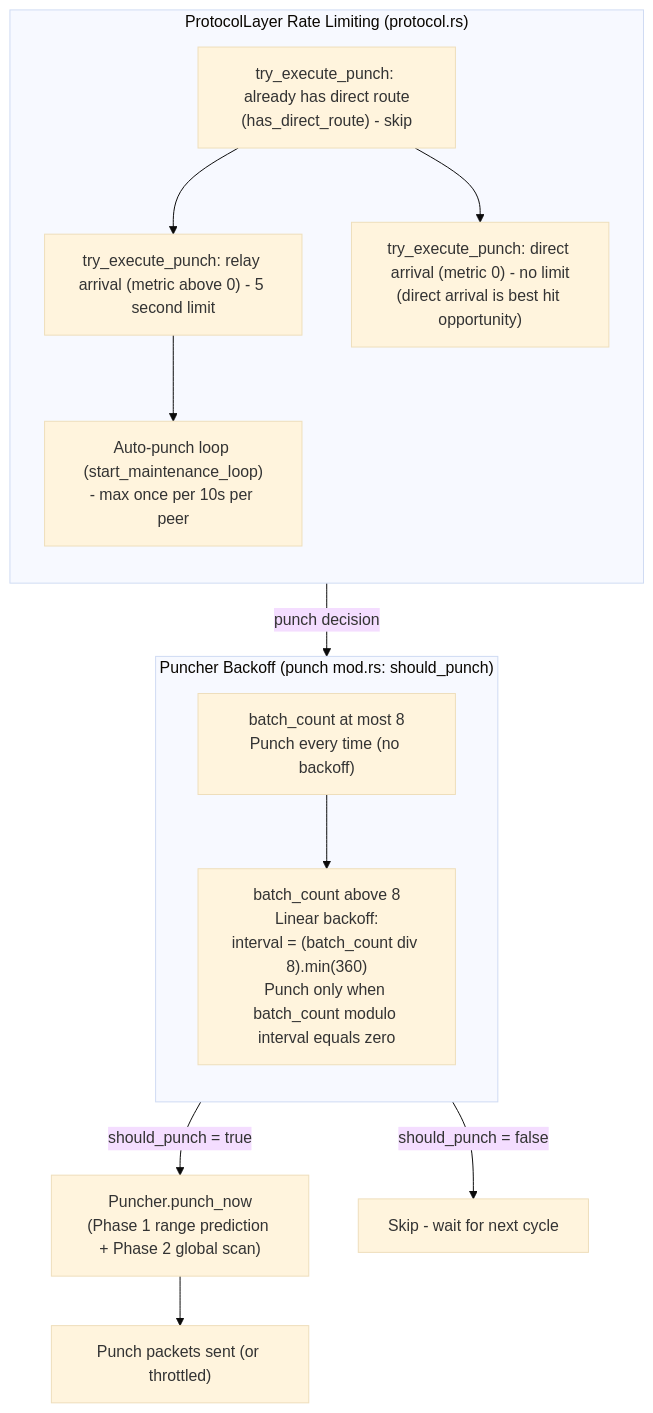
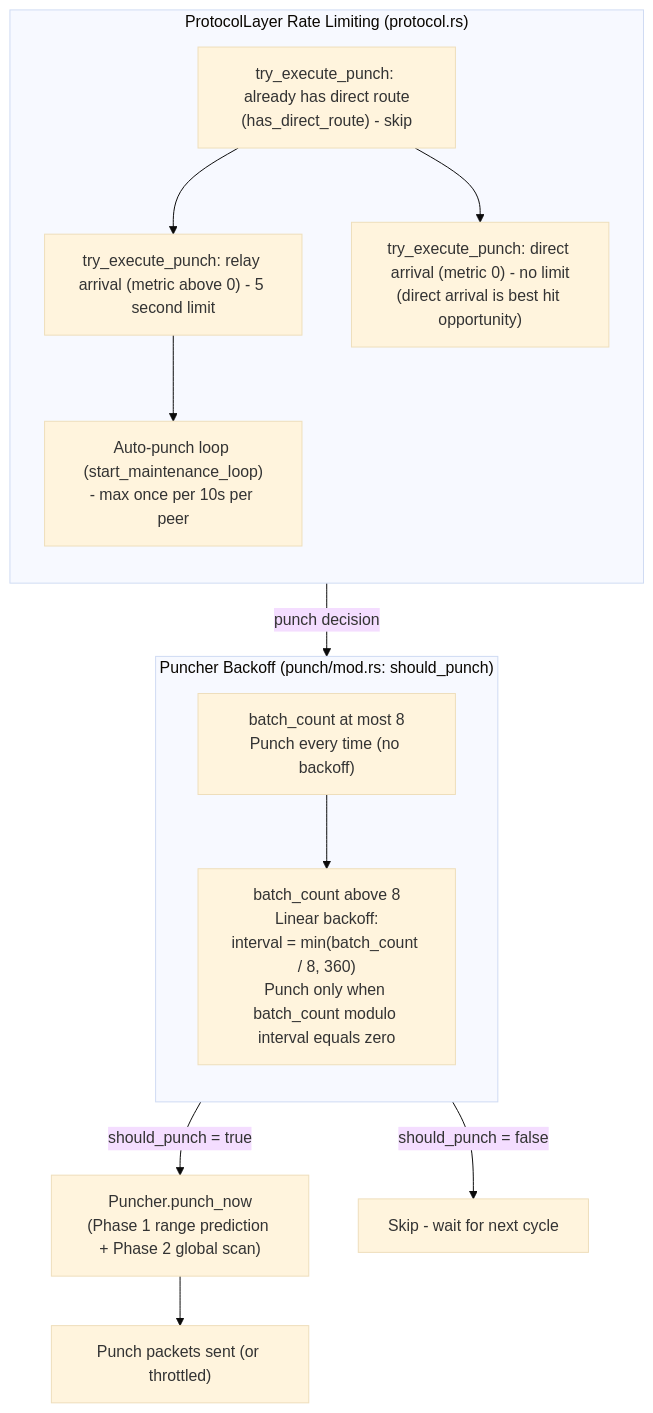
One commit to rustp2p/rustp2p changed diagram 15 of 27 in docs/nat-punch-principles.md. Above: the diagram before and after it, drawn with Mermaid (base theme). The commit also changed other lines of this file, not shown here.

Commit message:
docs: fix Mermaid rendering regressions in nat-punch principles

````diff
--- a/docs/nat-punch-principles.md
+++ b/docs/nat-punch-principles.md
@@ -498,29 +498,25 @@
 ```mermaid
 flowchart TD
-    EXEC["Puncher.punch_now<br/>(Phase 1 range prediction + Phase 2 global scan)"]
-    NOP["Skip - wait for next cycle"]
-    DONE["Punch packets sent (or throttled)"]
-
     subgraph PL["ProtocolLayer Rate Limiting (protocol.rs)"]
         direction TB
         DIRECT["try_execute_punch: already has direct route<br/>(has_direct_route) - skip"]
         RELAY["try_execute_punch: relay arrival (metric above 0) - 5 second limit"]
         DIRECT_PUNCH["try_execute_punch: direct arrival (metric 0) - no limit<br/>(direct arrival is best hit opportunity)"]
         AUTO["Auto-punch loop (start_maintenance_loop)<br/>- max once per 10s per peer"]
         DIRECT --> RELAY
         DIRECT --> DIRECT_PUNCH
         RELAY --> AUTO
     end
 
-    subgraph PU["Puncher Backoff (punch mod.rs: should_punch)"]
+    subgraph PU["Puncher Backoff (punch/mod.rs: should_punch)"]
         direction TB
         FIRST["batch_count at most 8<br/>Punch every time (no backoff)"]
-        BACK["batch_count above 8<br/>Linear backoff:<br/>interval = (batch_count div 8).min(360)<br/>Punch only when batch_count modulo interval equals zero"]
+        BACK["batch_count above 8<br/>Linear backoff:<br/>interval = min(batch_count / 8, 360)<br/>Punch only when batch_count modulo interval equals zero"]
         FIRST --> BACK
     end
 
     PL -->|"punch decision"| PU
-    PU -->|"should_punch = true"| EXEC
-    PU -->|"should_punch = false"| NOP
-    EXEC --> DONE
+    PU -->|"should_punch = true"| EXEC["Puncher.punch_now<br/>(Phase 1 range prediction + Phase 2 global scan)"]
+    PU -->|"should_punch = false"| NOP["Skip - wait for next cycle"]
+    EXEC --> DONE["Punch packets sent (or throttled)"]
 ```
````
